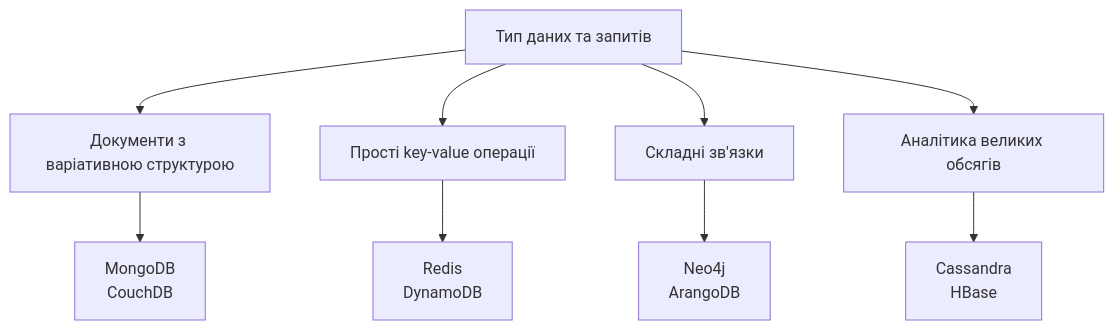
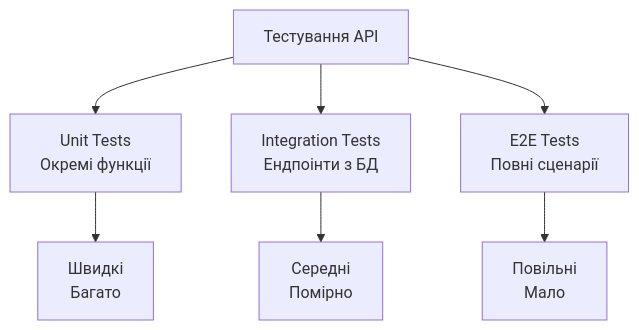
Before and after one commit to olroi421/course-opi: the seventh of 9 diagrams in docs/presentations/presentation-11.md, drawn with Mermaid. The commit also changed other lines of this file and 8 other files, not shown here.

````diff
--- a/docs/presentations/presentation-11.md
+++ b/docs/presentations/presentation-11.md
@@ -478,12 +492,10 @@
 ```mermaid
 graph TB
-    A[Тип даних та запитів] --> B[Документи з варіативною структурою]
-    A --> C[Прості key-value операції]
-    A --> D[Складні зв'язки]
-    A --> E[Аналітика великих обсягів]
+    A[Тестування API] --> B[Unit Tests<br/>Окремі функції]
+    A --> C[Integration Tests<br/>Ендпоінти з БД]
+    A --> D[E2E Tests<br/>Повні сценарії]
 
-    B --> F[MongoDB<br/>CouchDB]
-    C --> G[Redis<br/>DynamoDB]
-    D --> H[Neo4j<br/>ArangoDB]
-    E --> I[Cassandra<br/>HBase]
+    B --> E[Швидкі<br/>Багато]
+    C --> F[Середні<br/>Помірно]
+    D --> G[Повільні<br/>Мало]
 ```
````
